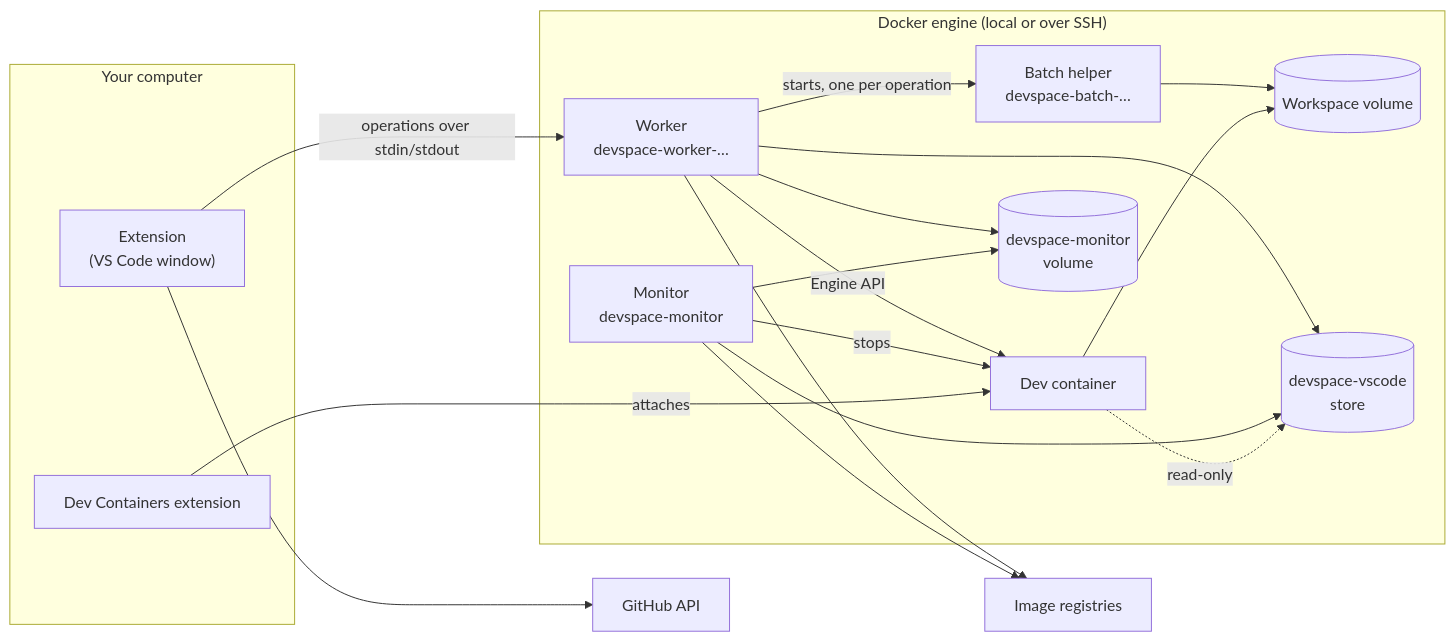
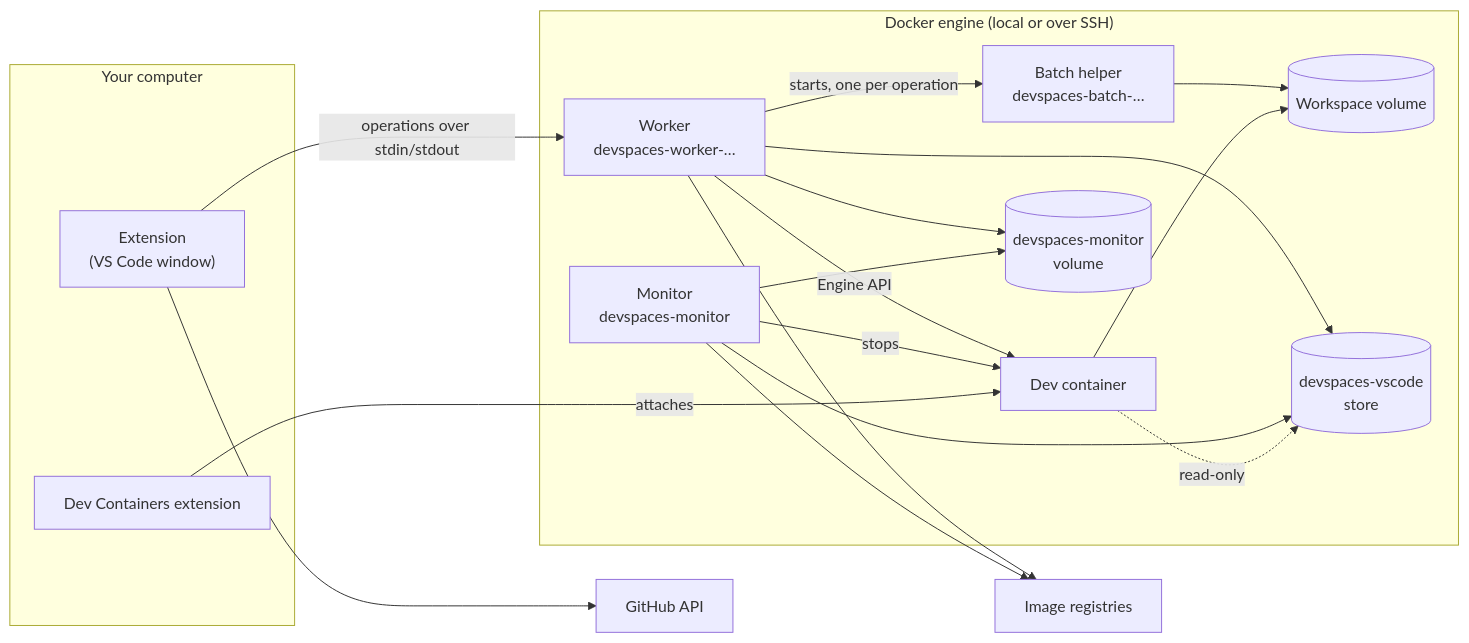
Before and after one commit to nimblescape/nimblescape-devspaces: the diagram in docs/architecture.md, drawn with Mermaid. The commit also changed other lines of this file and 364 other files, not shown here.

````diff
--- a/docs/architecture.md
+++ b/docs/architecture.md
@@ -9,33 +9,33 @@
 ```mermaid
 flowchart LR
   subgraph PC["Your computer"]
     EXT["Extension<br/>(VS Code window)"]
     DC["Dev Containers extension"]
   end
   subgraph ENG["Docker engine (local or over SSH)"]
-    W["Worker<br/>devspace-worker-…"]
-    B["Batch helper<br/>devspace-batch-…"]
-    SM["Monitor<br/>devspace-monitor"]
+    W["Worker<br/>devspaces-worker-…"]
+    B["Batch helper<br/>devspaces-batch-…"]
+    SM["Monitor<br/>devspaces-monitor"]
     DEV["Dev container"]
     V[("Workspace volume")]
-    ST[("devspace-monitor<br/>volume")]
-    VS[("devspace-vscode<br/>store")]
+    ST[("devspaces-monitor<br/>volume")]
+    VS[("devspaces-vscode<br/>store")]
   end
   GH["GitHub API"]
   REG["Image registries"]
   EXT -- "operations over stdin/stdout" --> W
   EXT --> GH
   W -- "Engine API" --> DEV
   W -- "starts, one per operation" --> B
   B --> V
   DEV --> V
   W --> ST
   SM --> ST
   W --> VS
   SM --> VS
   DEV -. "read-only" .-> VS
   W --> REG
   SM --> REG
   SM -- "stops" --> DEV
   DC -- "attaches" --> DEV
 ```
````
